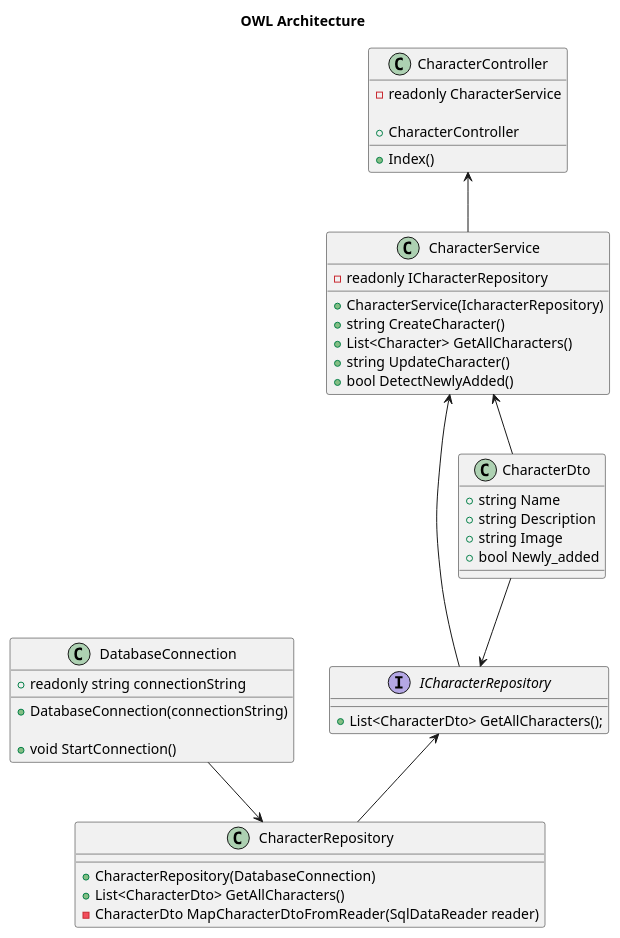
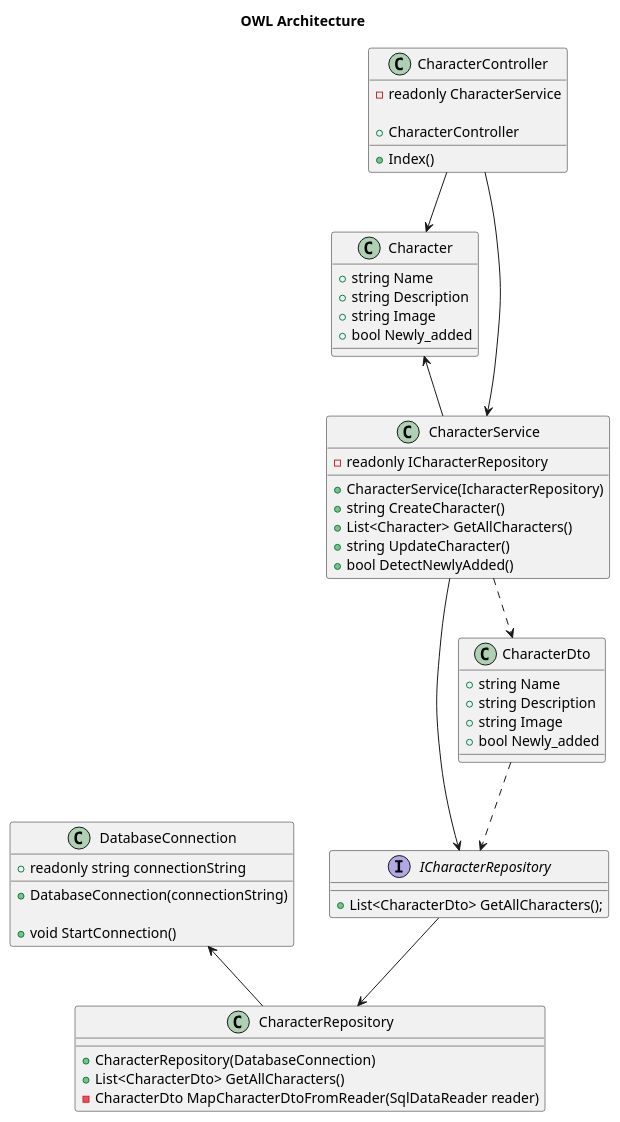
One commit to FreeGilio/Owlsite changed the diagram in Architecture.puml. Above: the diagram before and after it, drawn with PlantUML. The commit also changed 196 other files, not shown here.

```diff
--- a/Architecture.puml
+++ b/Architecture.puml
@@ -1,128 +1,136 @@
 @startuml OWL
 
 title OWL Architecture
 
 class DatabaseConnection {
     + readonly string connectionString
     + DatabaseConnection(connectionString)
 
     + void StartConnection()
 }
 
 ' class GamemodeDto {
 '     + string Name
 '     + string Description
 '     + int Amount_players
 ' }
 
 ' class GamemodeService {
 '     + GamemodeService()
 '     + void Gamemode()
 '     + string CreateGamemode()
 '     + string GetGamemodes()
 '     + string AddToGamemode()
 ' }
 
 Class CharacterController {
     - readonly CharacterService
 
     + CharacterController
     + Index()
 }
 
 Interface ICharacterRepository {
     +  List<CharacterDto> GetAllCharacters();
 }
 
 Class CharacterRepository {
     +  CharacterRepository(DatabaseConnection)
     +  List<CharacterDto> GetAllCharacters()
     -  CharacterDto MapCharacterDtoFromReader(SqlDataReader reader)
 }
 
+class Character {
+    + string Name
+    + string Description
+    + string Image
+    + bool Newly_added
+}
 
 class CharacterDto {
     + string Name
     + string Description
     + string Image
     + bool Newly_added
 }
 
 class CharacterService {
     - readonly ICharacterRepository
 
     + CharacterService(IcharacterRepository)
     + string CreateCharacter()
     + List<Character> GetAllCharacters()
     + string UpdateCharacter()
     + bool DetectNewlyAdded()
 }
 
 ' class FightstyleDto {
 '     + string Name
 '     + int Power
 '     + int Speed
 ' }
 
 ' class FightstyleService {
 
 '     + FightstyleService()
 '     + string GetStyles()
 '     + string CreateStyle()
 '     + string UpdateStyle()
 '     + string AddStyleToChar()
 ' }
 
 ' class MoveDto {
 '     + string Name
 '     + string Description
 '     + string Image
 '     + string Motion
 ' }
 
 ' class MoveService {
 
 '     + MoveService()
 '     + string GetMoves()
 '     + string CreateMove()
 '     + string UpdateMove()
 '     + string AddMoveToChar()
 ' }
 
 ' class NewsDto {
 '     + string Title
 '     + string Description
 '     + string Image
 ' }
 
 ' class NewsService {
 
 '     + NewsService()
 '     + string GetArticles()
 '     + string CreateArticle()
 ' }
 
 ' class CategoryDto {
 '     + string Name
 ' }
 
 ' class CategoryService {
 '     + CategoryService()
 '     + string GetCategories()
 ' }
 
-DatabaseConnection --> CharacterRepository
+DatabaseConnection <-- CharacterRepository
 
-CharacterController <-- CharacterService
-CharacterService <-- CharacterDto
-CharacterService <-- ICharacterRepository
-CharacterDto --> ICharacterRepository
-ICharacterRepository <-- CharacterRepository
+CharacterController --> CharacterService
+Character <-- CharacterService
+CharacterController --> Character
+CharacterService ..> CharacterDto
+CharacterService --> ICharacterRepository
+CharacterDto ..> ICharacterRepository
+ICharacterRepository --> CharacterRepository
 
 ' NewsService <-- NewsDto
 ' CategoryService <-- CategoryDto
 ' FightstyleService <-- FightstyleDto
 ' MoveService <-- MoveDto
 ' GamemodeService <-- GamemodeDto
 
 @enduml
```
